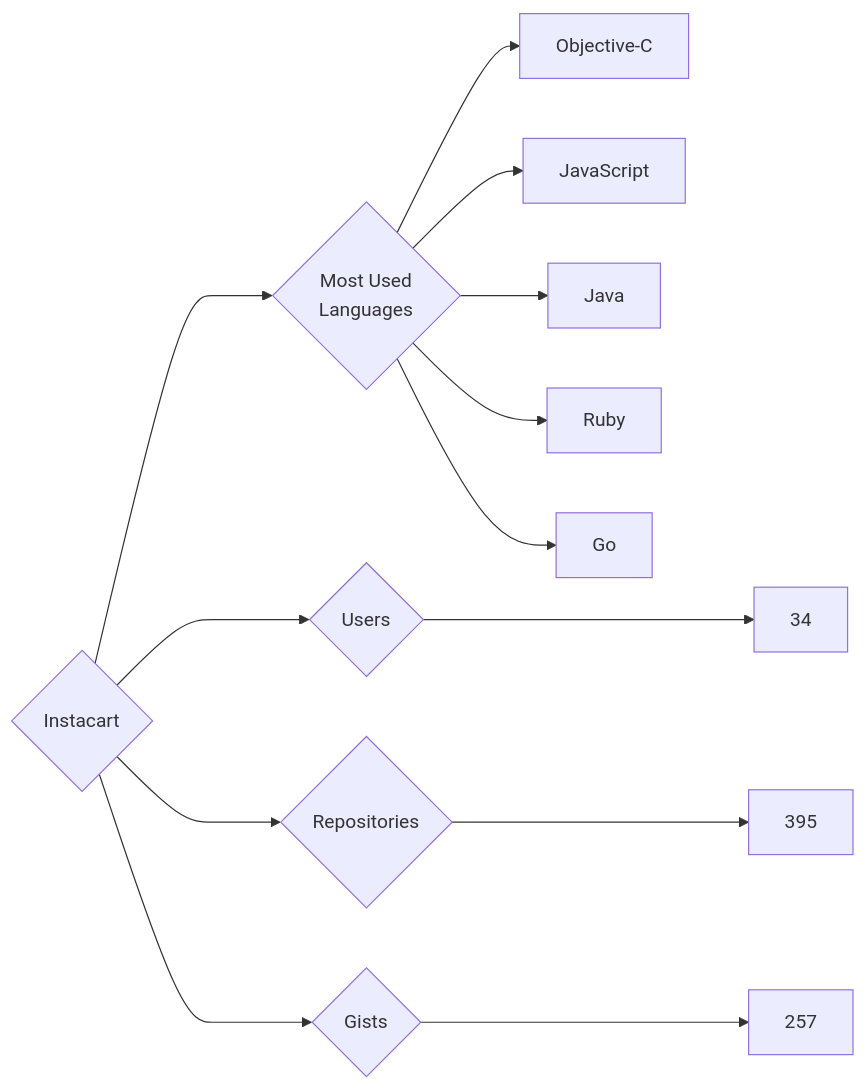
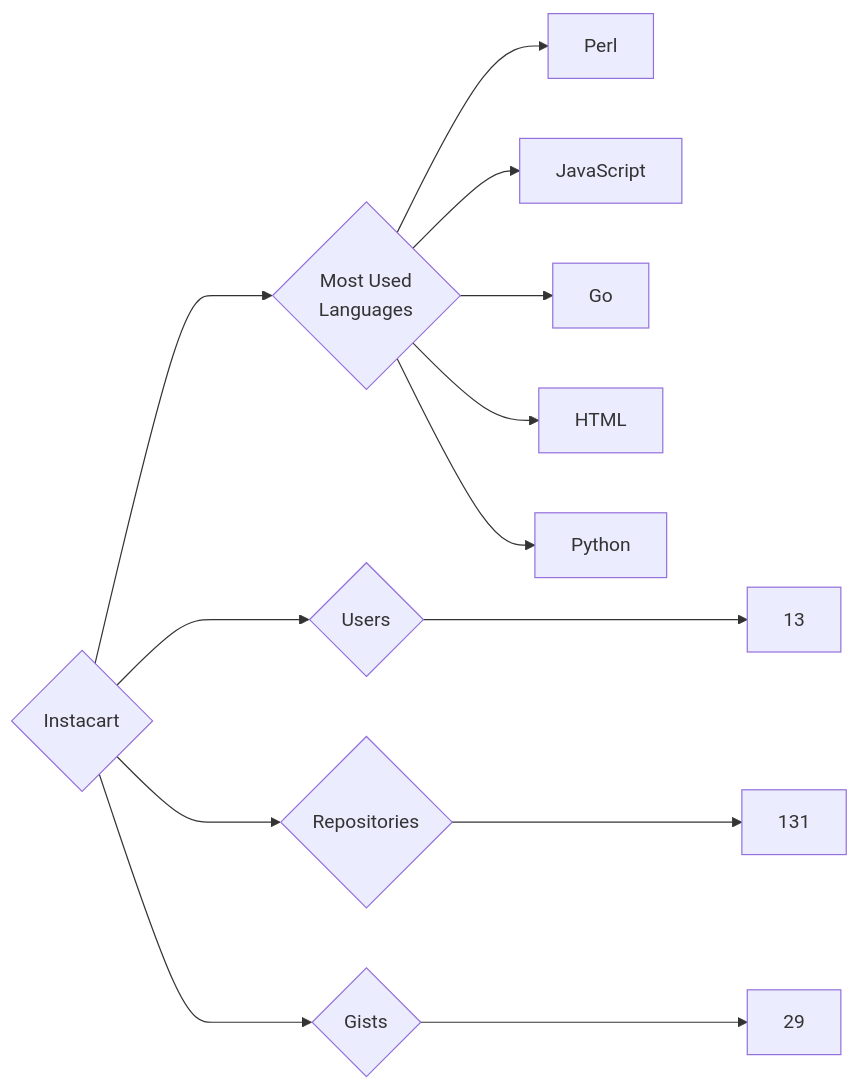
One commit to trickest/insiders changed the diagram in targets/Instacart/README.md. Above: the diagram before and after it, drawn with Mermaid. The commit also changed 882 other files, not shown here.

````diff
--- a/targets/Instacart/README.md
+++ b/targets/Instacart/README.md
@@ -3,13 +3,13 @@
 ```mermaid
 graph LR
 COMPANY_NAME{Instacart}
-COMPANY_NAME ---> U{Users} ---> UN[34]
-COMPANY_NAME ---> R{Repositories} ---> RN[395]
-COMPANY_NAME ---> G{Gists} ---> GN[257]
+COMPANY_NAME ---> U{Users} ---> UN[13]
+COMPANY_NAME ---> R{Repositories} ---> RN[131]
+COMPANY_NAME ---> G{Gists} ---> GN[29]
 COMPANY_NAME ---> ML{Most Used<br>Languages}
-ML --> Objective-C[Objective-C]
+ML --> Perl[Perl]
 ML --> JavaScript[JavaScript]
-ML --> Java[Java]
-ML --> Ruby[Ruby]
 ML --> Go[Go]
+ML --> HTML[HTML]
+ML --> Python[Python]
 ```
````
